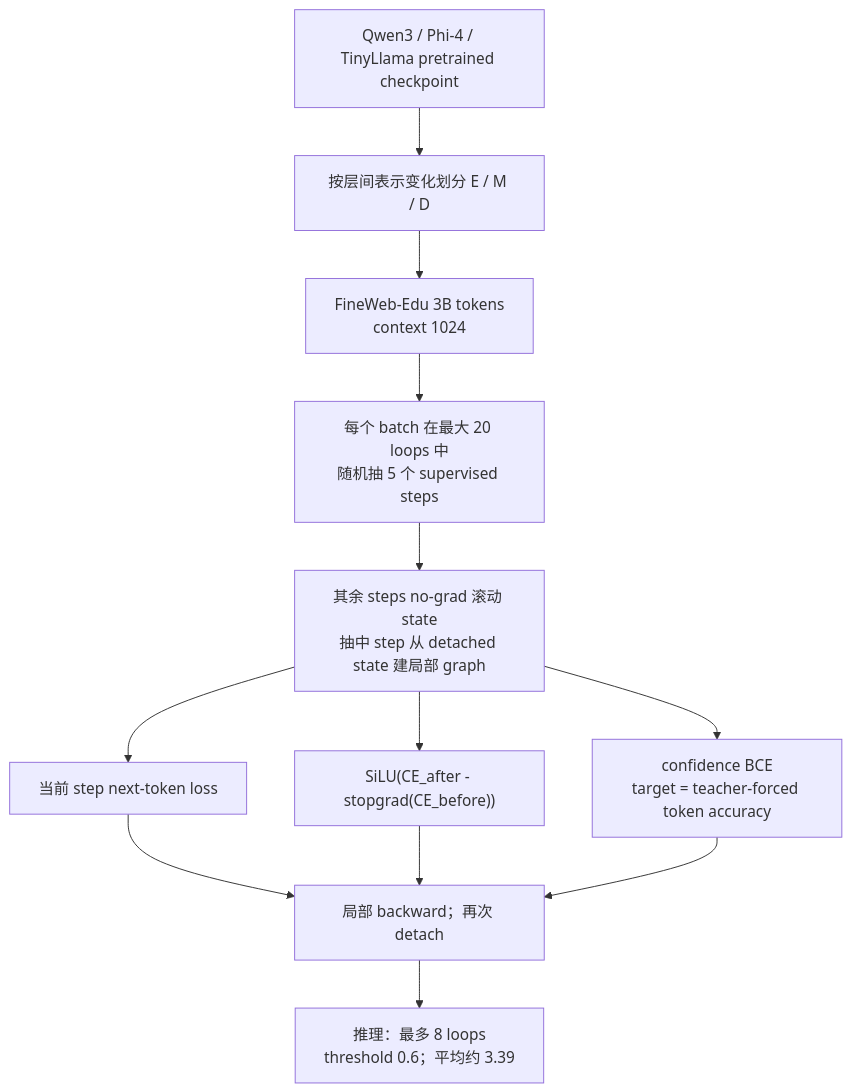
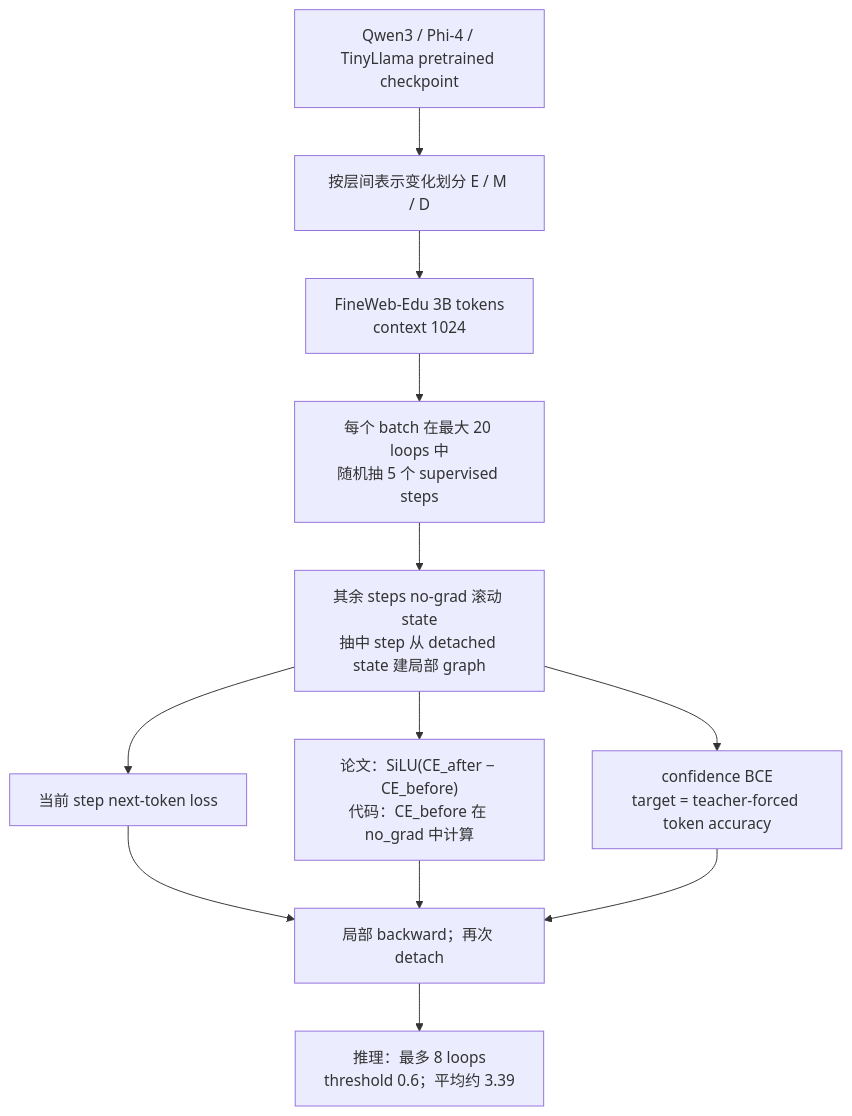
Before and after one commit to J-shang/J-shang.github.io: the tenth of 16 diagrams in src/data/notes/looped-transformer/looped-transformer-eight-paper-survey.md, drawn with Mermaid. The commit also changed other lines of this file and 19 other files, not shown here.

Commit message:
feat: render Looped Transformer Mermaid diagrams

````diff
--- a/src/data/notes/looped-transformer/looped-transformer-eight-paper-survey.md
+++ b/src/data/notes/looped-transformer/looped-transformer-eight-paper-survey.md
@@ -579,14 +580,14 @@
 ```mermaid
 flowchart TD
     Base["Qwen3 / Phi-4 / TinyLlama pretrained checkpoint"] --> Split["按层间表示变化划分 E / M / D"]
     Split --> Data["FineWeb-Edu 3B tokens<br/>context 1024"]
     Data --> Sample["每个 batch 在最大 20 loops 中<br/>随机抽 5 个 supervised steps"]
     Sample --> Roll["其余 steps no-grad 滚动 state<br/>抽中 step 从 detached state 建局部 graph"]
     Roll --> LM["当前 step next-token loss"]
-    Roll --> Mono["SiLU(CE_after - stopgrad(CE_before))"]
+    Roll --> Mono["论文：SiLU(CE_after − CE_before)<br/>代码：CE_before 在 no_grad 中计算"]
     Roll --> Conf["confidence BCE<br/>target = teacher-forced token accuracy"]
     LM --> Update["局部 backward；再次 detach"]
     Mono --> Update
     Conf --> Update
     Update --> Infer["推理：最多 8 loops<br/>threshold 0.6；平均约 3.39"]
 ```
````
